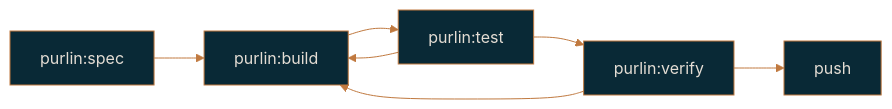
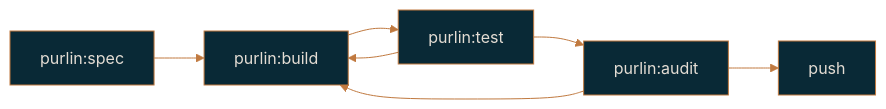
One commit to rlabarca/purlin changed the diagram in docs/getting-started.md. Above: the diagram before and after it, drawn with Mermaid. The commit also changed other lines of this file and 5 other files, not shown here.

````diff
--- a/docs/getting-started.md
+++ b/docs/getting-started.md
@@ -148,10 +151,10 @@
 ```mermaid
 %%{init: {"theme": "base", "themeVariables": {"background": "#0C3444", "primaryColor": "#092936", "primaryTextColor": "#E4DDD4", "primaryBorderColor": "#C0793F", "lineColor": "#C0793F", "secondaryColor": "#0C3444", "tertiaryColor": "#092936", "fontFamily": "Arial", "textColor": "#E4DDD4"}}}%%
 flowchart LR
   spec["purlin:spec"] --> build["purlin:build"]
   build --> test["purlin:test"]
   test --> build
-  test --> verify["purlin:verify"]
-  verify --> push["push"]
-  verify --> build
+  test --> audit["purlin:audit"]
+  audit --> push["push"]
+  audit --> build
 ```
````
